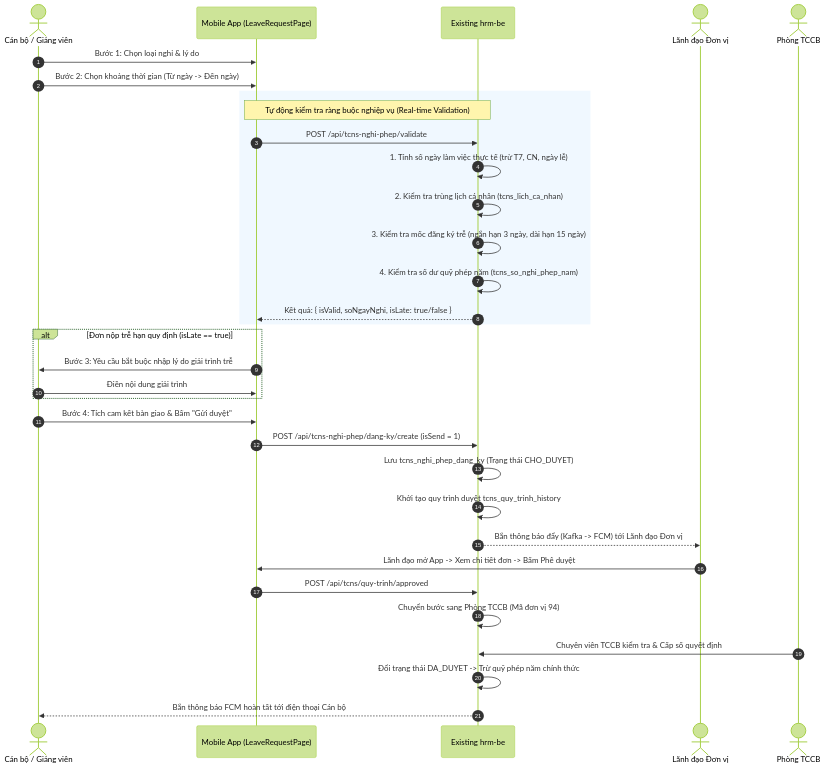
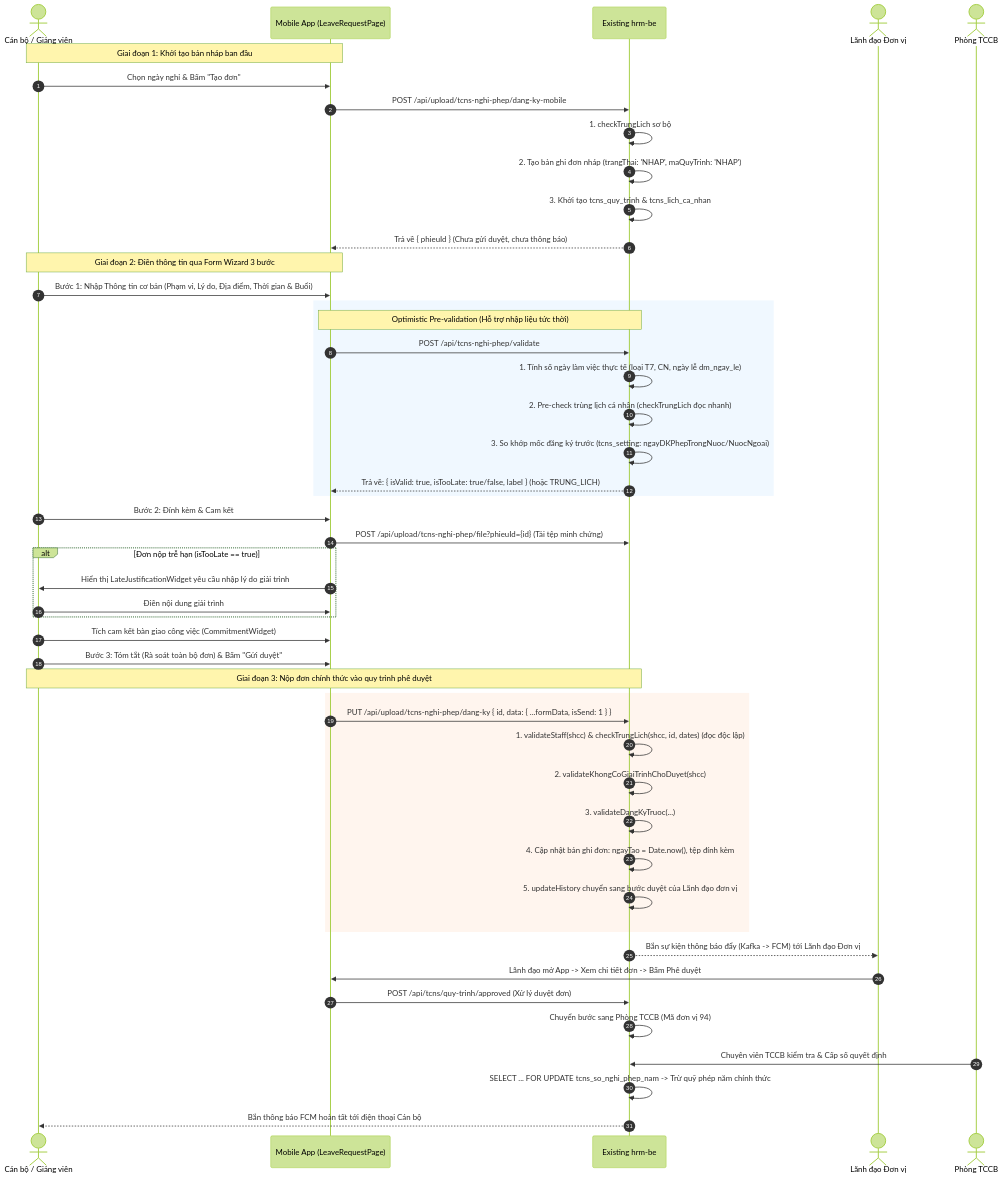
The third of 7 diagrams in docs/SYSTEM_OPERATION.md (xchinh/Report-DATN), drawn with Mermaid (forest theme) before and after one commit. The commit also changed other lines of this file and 68 other files, not shown here.

````diff
--- a/docs/SYSTEM_OPERATION.md
+++ b/docs/SYSTEM_OPERATION.md
@@ -148,41 +275,59 @@
 ```mermaid
 sequenceDiagram
     autonumber
     actor CB as Cán bộ / Giảng viên
     participant Mobile as Mobile App (LeaveRequestPage)
     participant HRM as Existing hrm-be
     actor QL as Lãnh đạo Đơn vị
     actor TCCB as Phòng TCCB
 
-    CB->>Mobile: Bước 1: Chọn loại nghỉ & lý do
-    CB->>Mobile: Bước 2: Chọn khoảng thời gian (Từ ngày -> Đến ngày)
+    Note over CB,Mobile: Giai đoạn 1: Khởi tạo bản nháp ban đầu
+    CB->>Mobile: Chọn ngày nghỉ & Bấm "Tạo đơn"
+    Mobile->>HRM: POST /api/upload/tcns-nghi-phep/dang-ky-mobile
+    HRM->>HRM: 1. checkTrungLich sơ bộ
+    HRM->>HRM: 2. Tạo bản ghi đơn nháp (trangThai: 'NHAP', maQuyTrinh: 'NHAP')
+    HRM->>HRM: 3. Khởi tạo tcns_quy_trinh & tcns_lich_ca_nhan
+    HRM-->>Mobile: Trả về { phieuId } (Chưa gửi duyệt, chưa thông báo)
+
+    Note over CB,Mobile: Giai đoạn 2: Điền thông tin qua Form Wizard 3 bước
+    CB->>Mobile: Bước 1: Nhập Thông tin cơ bản (Phạm vi, Lý do, Địa điểm, Thời gian & Buổi)
     
     rect rgb(240, 248, 255)
-        Note over Mobile,HRM: Tự động kiểm tra ràng buộc nghiệp vụ (Real-time Validation)
+        Note over Mobile,HRM: Optimistic Pre-validation (Hỗ trợ nhập liệu tức thời)
         Mobile->>HRM: POST /api/tcns-nghi-phep/validate
-        HRM->>HRM: 1. Tính số ngày làm việc thực tế (trừ T7, CN, ngày lễ)
-        HRM->>HRM: 2. Kiểm tra trùng lịch cá nhân (tcns_lich_ca_nhan)
-        HRM->>HRM: 3. Kiểm tra mốc đăng ký trễ (ngắn hạn 3 ngày, dài hạn 15 ngày)
-        HRM->>HRM: 4. Kiểm tra số dư quỹ phép năm (tcns_so_nghi_phep_nam)
-        HRM-->>Mobile: Kết quả: { isValid, soNgayNghi, isLate: true/false }
+        HRM->>HRM: 1. Tính số ngày làm việc thực tế (loại T7, CN, ngày lễ dm_ngay_le)
+        HRM->>HRM: 2. Pre-check trùng lịch cá nhân (checkTrungLich đọc nhanh)
+        HRM->>HRM: 3. So khớp mốc đăng ký trước (tcns_setting: ngayDKPhepTrongNuoc/NuocNgoai)
+        HRM-->>Mobile: Trả về: { isValid: true, isTooLate: true/false, label } (hoặc TRUNG_LICH)
     end
 
-    alt Đơn nộp trễ hạn quy định (isLate == true)
-        Mobile->>CB: Bước 3: Yêu cầu bắt buộc nhập lý do giải trình trễ
+    CB->>Mobile: Bước 2: Đính kèm & Cam kết
+    Mobile->>HRM: POST /api/upload/tcns-nghi-phep/file?phieuId={id} (Tải tệp minh chứng)
+    alt Đơn nộp trễ hạn (isTooLate == true)
+        Mobile->>CB: Hiển thị LateJustificationWidget yêu cầu nhập lý do giải trình
         CB->>Mobile: Điền nội dung giải trình
     end
+    CB->>Mobile: Tích cam kết bàn giao công việc (CommitmentWidget)
 
-    CB->>Mobile: Bước 4: Tích cam kết bàn giao & Bấm "Gửi duyệt"
-    Mobile->>HRM: POST /api/tcns-nghi-phep/dang-ky/create (isSend = 1)
-    HRM->>HRM: Lưu tcns_nghi_phep_dang_ky (Trạng thái CHO_DUYET)
-    HRM->>HRM: Khởi tạo quy trình duyệt tcns_quy_trinh_history
-    HRM-->>QL: Bắn thông báo đẩy (Kafka -> FCM) tới Lãnh đạo Đơn vị
+    CB->>Mobile: Bước 3: Tóm tắt (Rà soát toàn bộ đơn) & Bấm "Gửi duyệt"
+    
+    Note over CB,HRM: Giai đoạn 3: Nộp đơn chính thức vào quy trình phê duyệt
+    rect rgb(255, 245, 238)
+        Mobile->>HRM: PUT /api/upload/tcns-nghi-phep/dang-ky { id, data: { ...formData, isSend: 1 } }
+        HRM->>HRM: 1. validateStaff(shcc) & checkTrungLich(shcc, id, dates) (đọc độc lập)
+        HRM->>HRM: 2. validateKhongCoGiaiTrinhChoDuyet(shcc)
+        HRM->>HRM: 3. validateDangKyTruoc(...)
+        HRM->>HRM: 4. Cập nhật bản ghi đơn: ngayTao = Date.now(), tệp đính kèm
+        HRM->>HRM: 5. updateHistory chuyển sang bước duyệt của Lãnh đạo đơn vị
+    end
+    
+    HRM-->>QL: Bắn sự kiện thông báo đẩy (Kafka -> FCM) tới Lãnh đạo Đơn vị
     
     QL->>Mobile: Lãnh đạo mở App -> Xem chi tiết đơn -> Bấm Phê duyệt
-    Mobile->>HRM: POST /api/tcns/quy-trinh/approved
+    Mobile->>HRM: POST /api/tcns/quy-trinh/approved (Xử lý duyệt đơn)
     HRM->>HRM: Chuyển bước sang Phòng TCCB (Mã đơn vị 94)
     
     TCCB->>HRM: Chuyên viên TCCB kiểm tra & Cấp số quyết định
-    HRM->>HRM: Đổi trạng thái DA_DUYET -> Trừ quỹ phép năm chính thức
+    HRM->>HRM: SELECT ... FOR UPDATE tcns_so_nghi_phep_nam -> Trừ quỹ phép năm chính thức
     HRM-->>CB: Bắn thông báo FCM hoàn tất tới điện thoại Cán bộ
 ```
````
